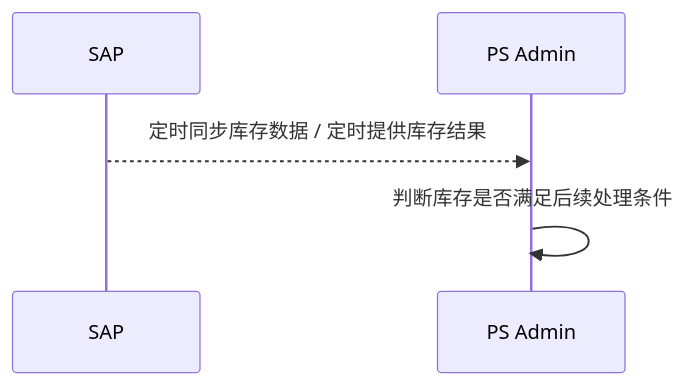
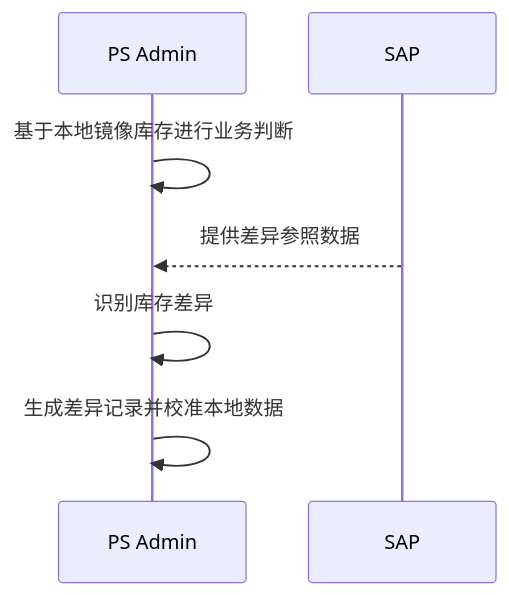
Diagram 15 of 33 in 文档/GM系统需求说明.md (guguohai/gmps), drawn with Mermaid before and after one commit. The commit also changed other lines of this file and 2 other files, not shown here.

````diff
--- a/文档/GM系统需求说明.md
+++ b/文档/GM系统需求说明.md
@@ -911,8 +1037,10 @@
 ```mermaid
 sequenceDiagram
+    participant PS as PS Admin
     participant SAP as SAP
-    participant PS as PS Admin
 
-    SAP-->>PS: 定时同步库存数据 / 定时提供库存结果
-    PS->>PS: 判断库存是否满足后续处理条件
+    PS->>PS: 基于本地镜像库存进行业务判断
+    SAP-->>PS: 提供差异参照数据
+    PS->>PS: 识别库存差异
+    PS->>PS: 生成差异记录并校准本地数据
 ```
````
